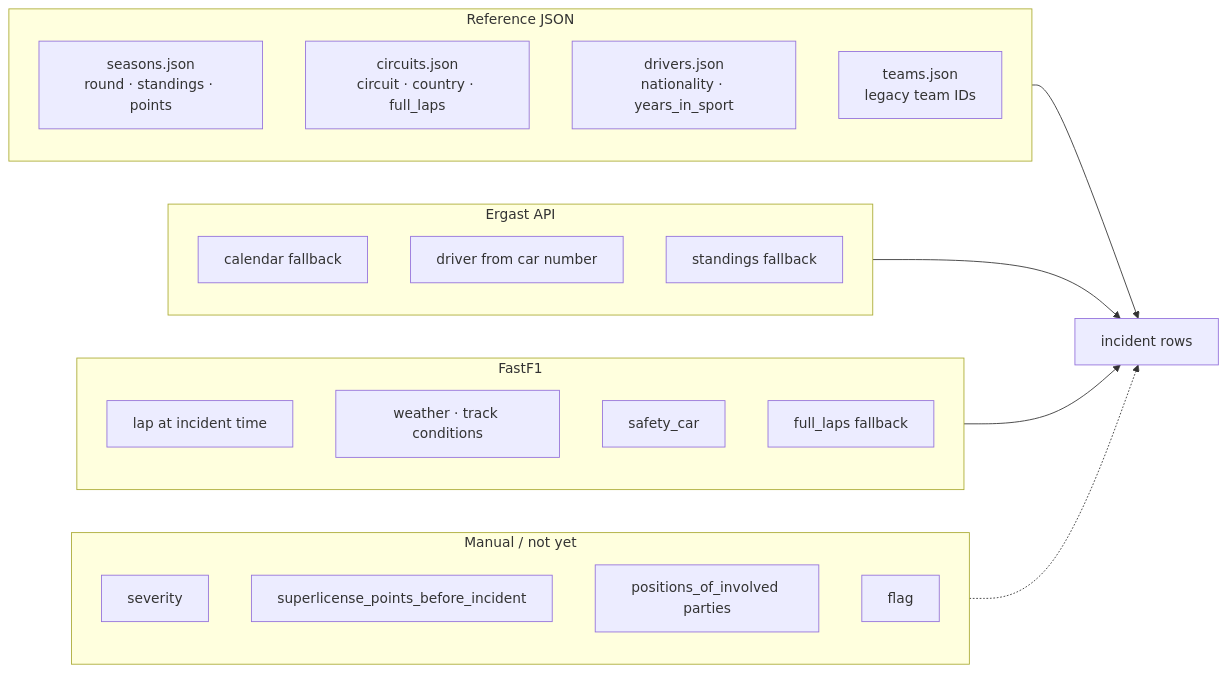
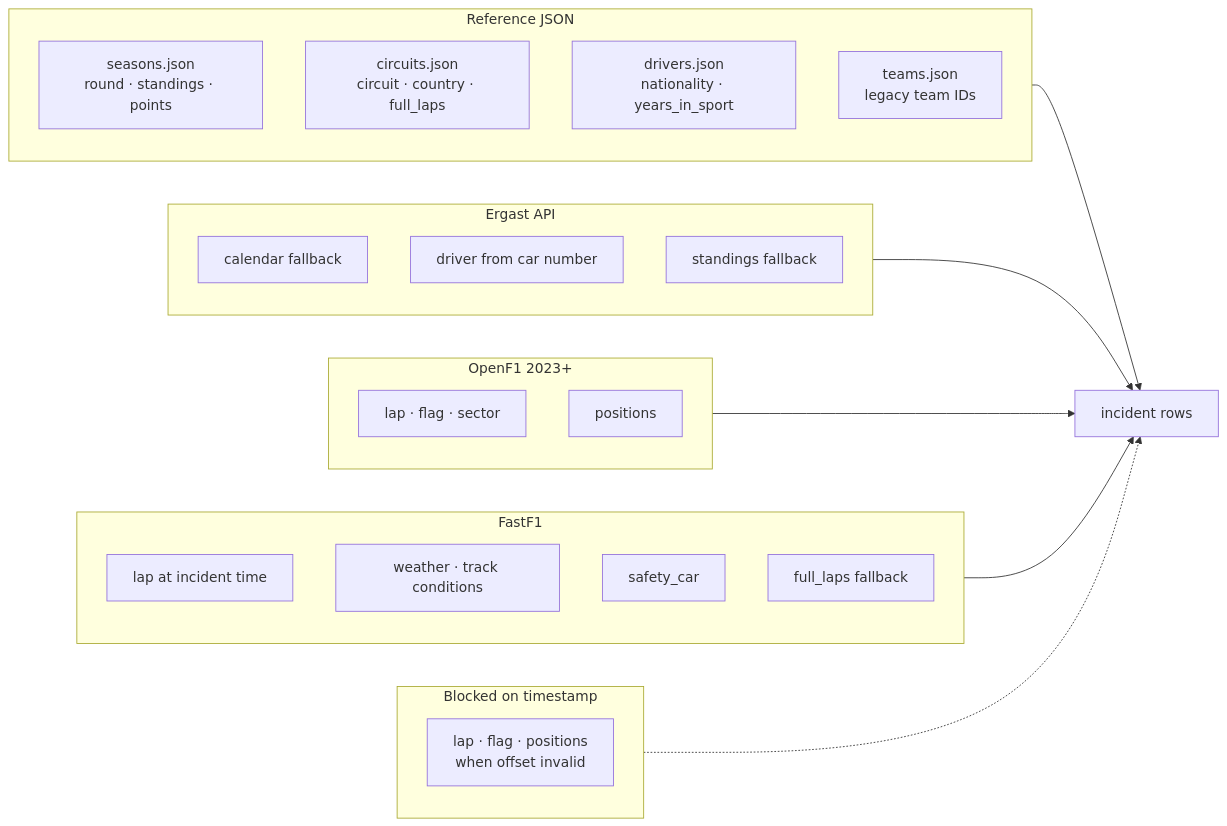
One commit to Rouxxel/f1_penalty_predictor changed the second of 6 diagrams in src/fia_ml/data/enrichment/README.md. Above: the diagram before and after it, drawn with Mermaid. The commit also changed other lines of this file and 8 other files, not shown here.

````diff
--- a/src/fia_ml/data/enrichment/README.md
+++ b/src/fia_ml/data/enrichment/README.md
@@ -109,34 +63,37 @@
 ```mermaid
 flowchart LR
     subgraph ref["Reference JSON"]
         R1["seasons.json\nround · standings · points"]
         R2["circuits.json\ncircuit · country · full_laps"]
         R3["drivers.json\nnationality · years_in_sport"]
         R4["teams.json\nlegacy team IDs"]
     end
 
     subgraph ergast["Ergast API"]
         E1["calendar fallback"]
         E2["driver from car number"]
         E3["standings fallback"]
     end
 
     subgraph fastf1["FastF1"]
         F1["lap at incident time"]
         F2["weather · track conditions"]
         F3["safety_car"]
         F4["full_laps fallback"]
     end
 
-    subgraph manual["Manual / not yet"]
-        M1["severity"]
-        M2["superlicense_points_before_incident"]
-        M3["positions_of_involved parties"]
-        M4["flag"]
+    subgraph openf1["OpenF1 2023+"]
+        O1["lap · flag · sector"]
+        O2["positions"]
+    end
+
+    subgraph blocked["Blocked on timestamp"]
+        B1["lap · flag · positions\nwhen offset invalid"]
     end
 
     ref --> CSV["incident rows"]
     ergast --> CSV
+    openf1 --> CSV
     fastf1 --> CSV
-    manual -.-> CSV
+    blocked -.-> CSV
 ```
````
